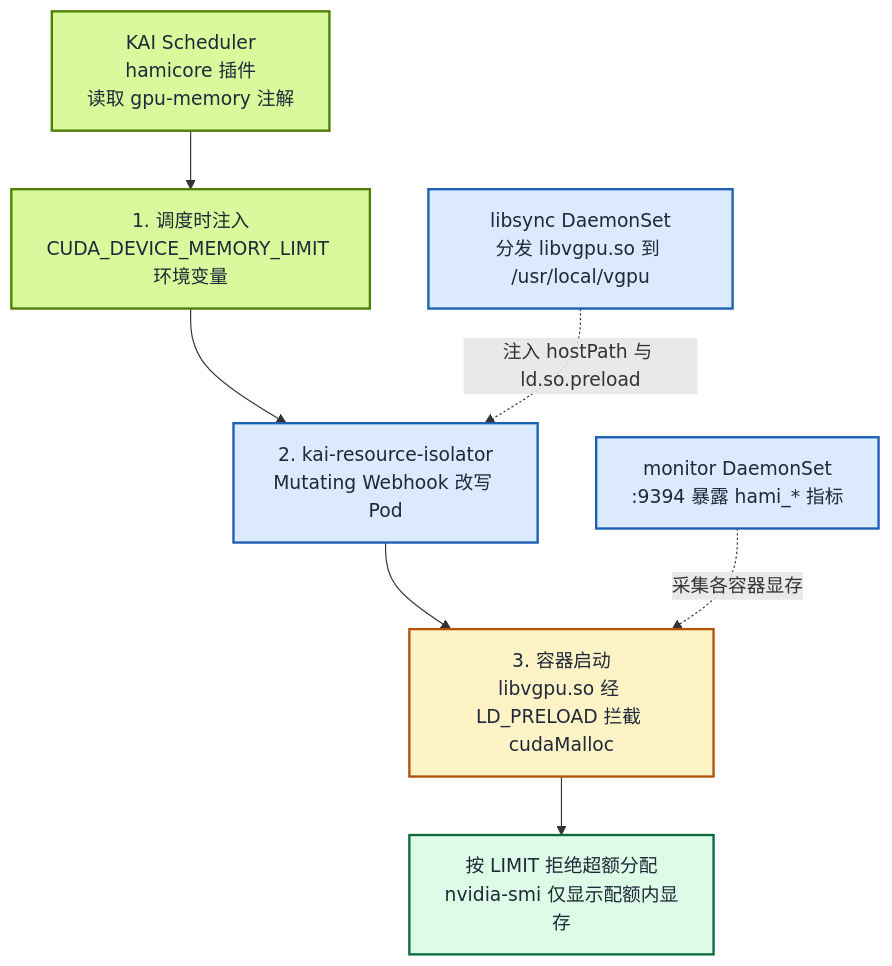
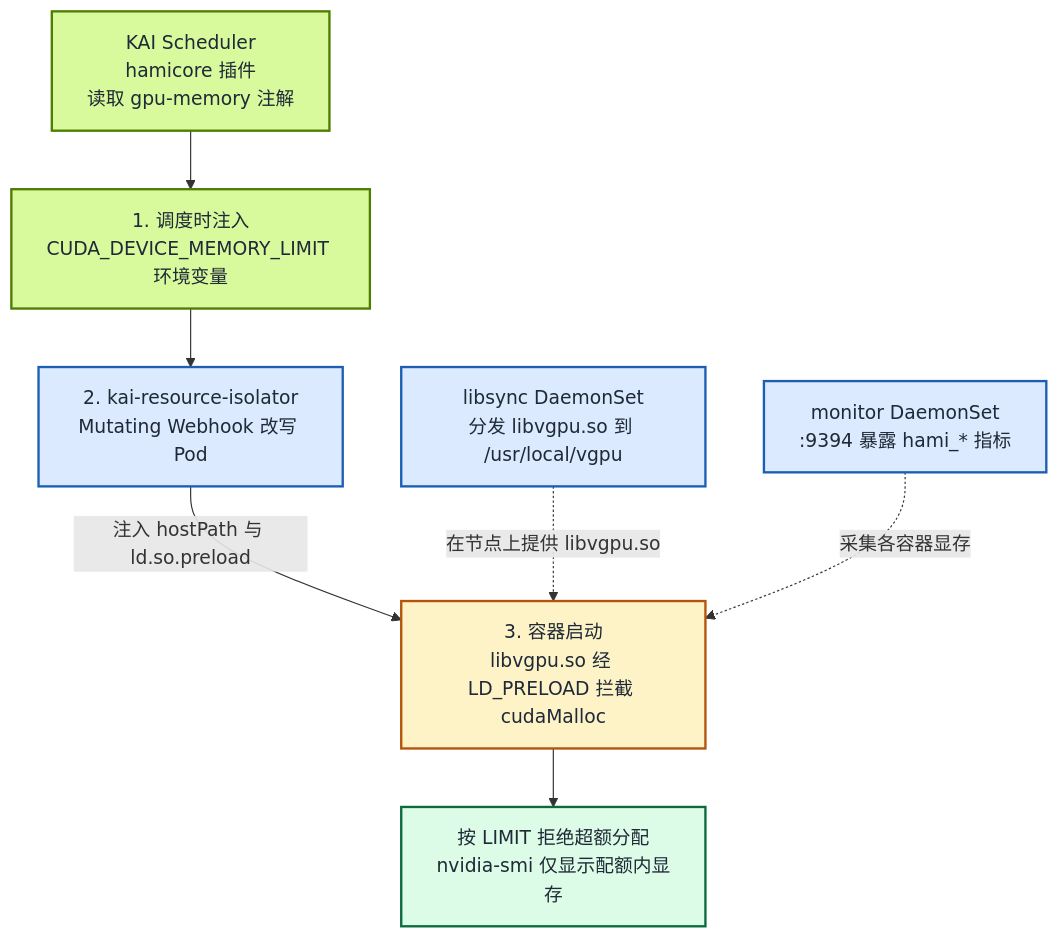
Before and after one commit to Project-HAMi/website: the second of 2 diagrams in i18n/zh/docusaurus-plugin-content-blog/kai-scheduler-hami-gpu-memory-hard-isolation/index.md, drawn with Mermaid. The commit also changed other lines of this file and 4 other files, not shown here.

````diff
--- a/i18n/zh/docusaurus-plugin-content-blog/kai-scheduler-hami-gpu-memory-hard-isolation/index.md
+++ b/i18n/zh/docusaurus-plugin-content-blog/kai-scheduler-hami-gpu-memory-hard-isolation/index.md
@@ -97,23 +97,24 @@
 ```mermaid
 %% title: KAI Scheduler 与 kai-resource-isolator 的三步协作
 graph TD
     KAI["KAI Scheduler<br/>hamicore 插件<br/>读取 gpu-memory 注解"]
     ENV["1. 调度时注入<br/>CUDA_DEVICE_MEMORY_LIMIT 环境变量"]
     ISO["2. kai-resource-isolator<br/>Mutating Webhook 改写 Pod"]
     LIB["libsync DaemonSet<br/>分发 libvgpu.so 到 /usr/local/vgpu"]
     MON["monitor DaemonSet<br/>:9394 暴露 hami_* 指标"]
     RUN["3. 容器启动<br/>libvgpu.so 经 LD_PRELOAD 拦截 cudaMalloc"]
     ENF["按 LIMIT 拒绝超额分配<br/>nvidia-smi 仅显示配额内显存"]
 
-    KAI --> ENV --> ISO --> RUN --> ENF
-    LIB -. "注入 hostPath 与 ld.so.preload" .-> ISO
+    KAI --> ENV --> ISO
+    ISO -->|"注入 hostPath 与 ld.so.preload"| RUN --> ENF
+    LIB -. "在节点上提供 libvgpu.so" .-> RUN
     MON -. "采集各容器显存" .-> RUN
 
     style KAI fill:#d9f99d,stroke:#4f7d00,stroke-width:2px,color:#1f2937
     style ENV fill:#d9f99d,stroke:#4f7d00,stroke-width:2px,color:#1f2937
     style ISO fill:#dbeafe,stroke:#1a5fb4,stroke-width:2px,color:#1f2937
     style LIB fill:#dbeafe,stroke:#1a5fb4,stroke-width:2px,color:#1f2937
     style MON fill:#dbeafe,stroke:#1a5fb4,stroke-width:2px,color:#1f2937
     style RUN fill:#fef3c7,stroke:#b45309,stroke-width:2px,color:#1f2937
     style ENF fill:#dcfce7,stroke:#0b6b3c,stroke-width:2px,color:#1f2937
 ```
````
